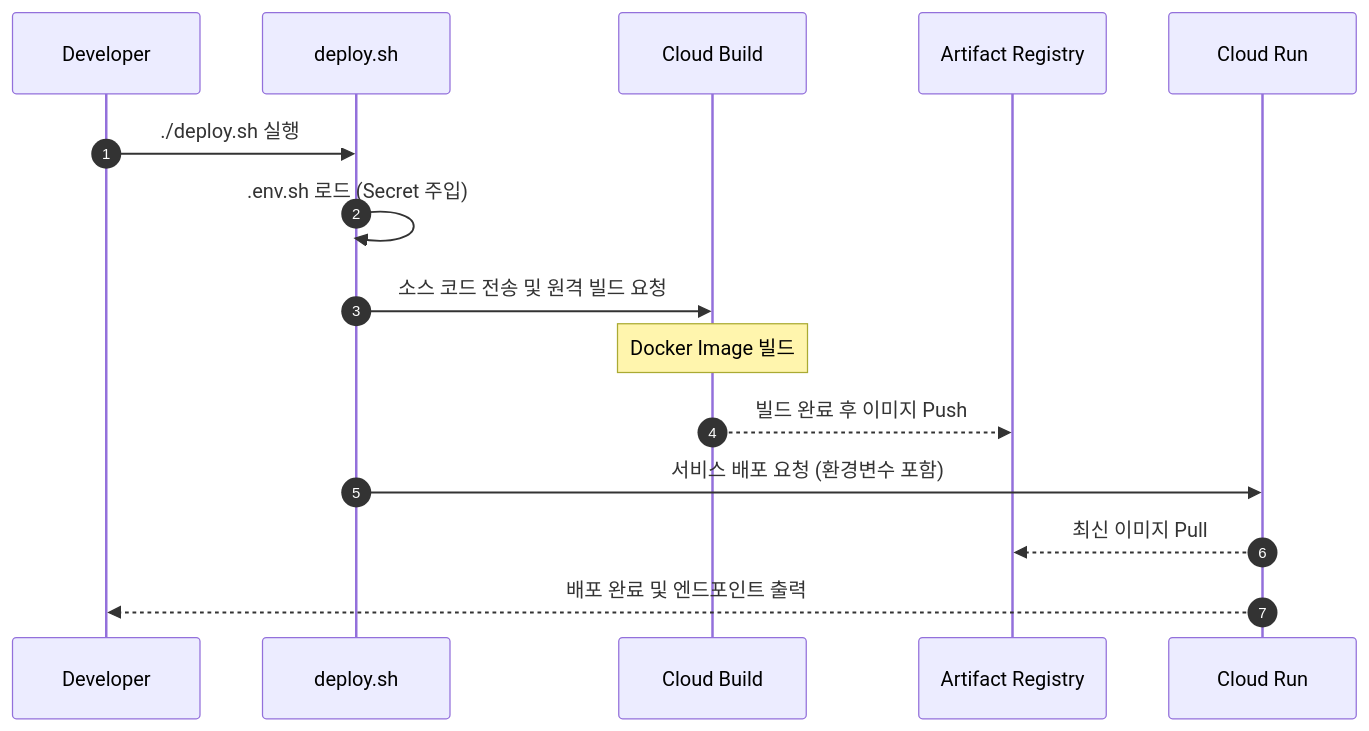
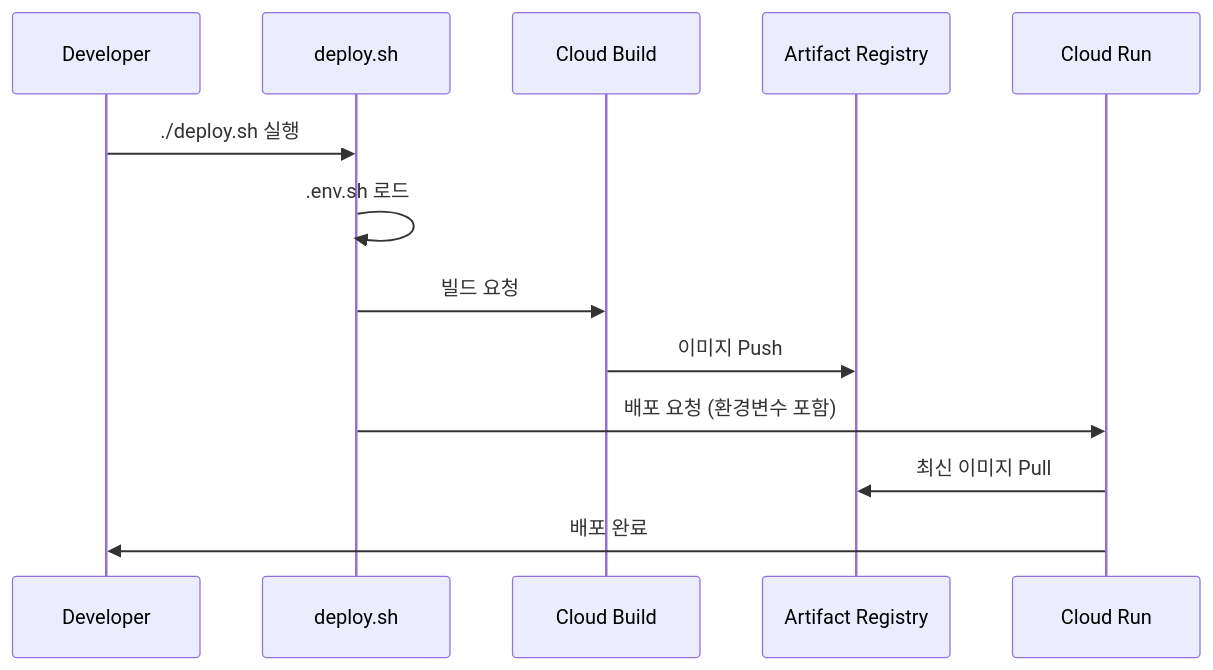
Before and after one commit to GDGOC-Kangnam-University/every-club-be: the second of 2 diagrams in deploy.md, drawn with Mermaid. The commit also changed other lines of this file, not shown here.

First line of the commit message:
docs(deploy.md): simplify architecture and sequence diagrams

````diff
--- a/deploy.md
+++ b/deploy.md
@@ -79,18 +67,16 @@
 ```mermaid
 sequenceDiagram
-    autonumber
     participant Dev as Developer
     participant Script as deploy.sh
     participant CB as Cloud Build
     participant AR as Artifact Registry
     participant CR as Cloud Run
-
+ 
     Dev->>Script: ./deploy.sh 실행
-    Script->>Script: .env.sh 로드 (Secret 주입)
-    Script->>CB: 소스 코드 전송 및 원격 빌드 요청
-    Note over CB: Docker Image 빌드
-    CB-->>AR: 빌드 완료 후 이미지 Push
-    Script->>CR: 서비스 배포 요청 (환경변수 포함)
-    CR-->>AR: 최신 이미지 Pull
-    CR-->>Dev: 배포 완료 및 엔드포인트 출력
+    Script->>Script: .env.sh 로드
+    Script->>CB: 빌드 요청
+    CB->>AR: 이미지 Push
+    Script->>CR: 배포 요청 (환경변수 포함)
+    CR->>AR: 최신 이미지 Pull
+    CR->>Dev: 배포 완료
 ```
````
